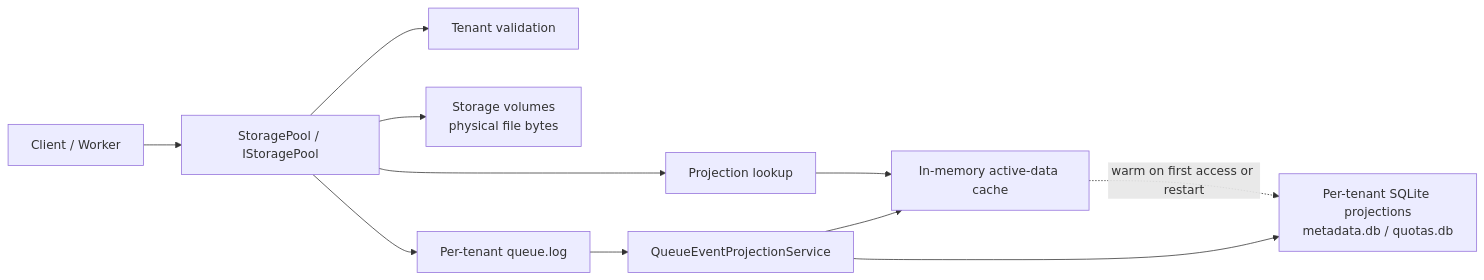
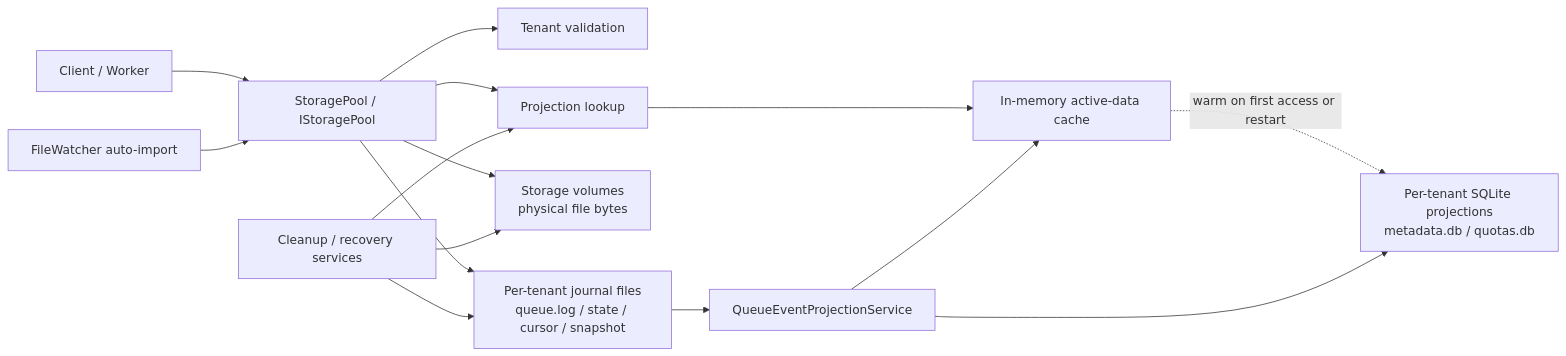
The first of 2 diagrams in README.md (cocosip/Locus), drawn with Mermaid before and after one commit. The commit also changed other lines of this file, not shown here.

First line of the commit message:
📝 docs(readme): update storage architecture and configuration guidance

````diff
--- a/README.md
+++ b/README.md
@@ -64,13 +64,17 @@
 ```mermaid
 flowchart LR
     Client["Client / Worker"] --> Pool["StoragePool / IStoragePool"]
+    Watcher["FileWatcher auto-import"] --> Pool
     Pool --> Tenant["Tenant validation"]
     Pool --> Projection["Projection lookup"]
     Projection --> Cache["In-memory active-data cache"]
     Cache -. "warm on first access or restart" .-> Sqlite["Per-tenant SQLite projections<br/>metadata.db / quotas.db"]
     Pool --> Volume["Storage volumes<br/>physical file bytes"]
-    Pool --> Journal["Per-tenant queue.log"]
+    Pool --> Journal["Per-tenant journal files<br/>queue.log / state / cursor / snapshot"]
     Journal --> Projector["QueueEventProjectionService"]
     Projector --> Sqlite
     Projector --> Cache
+    Cleanup["Cleanup / recovery services"] --> Projection
+    Cleanup --> Volume
+    Cleanup --> Journal
 ```
````
